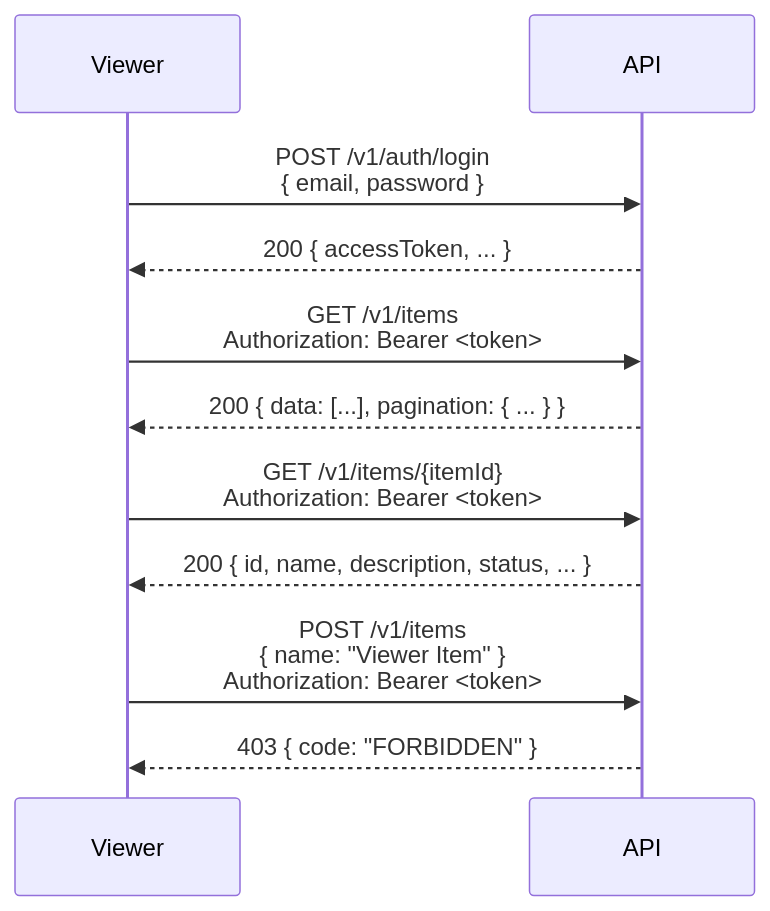
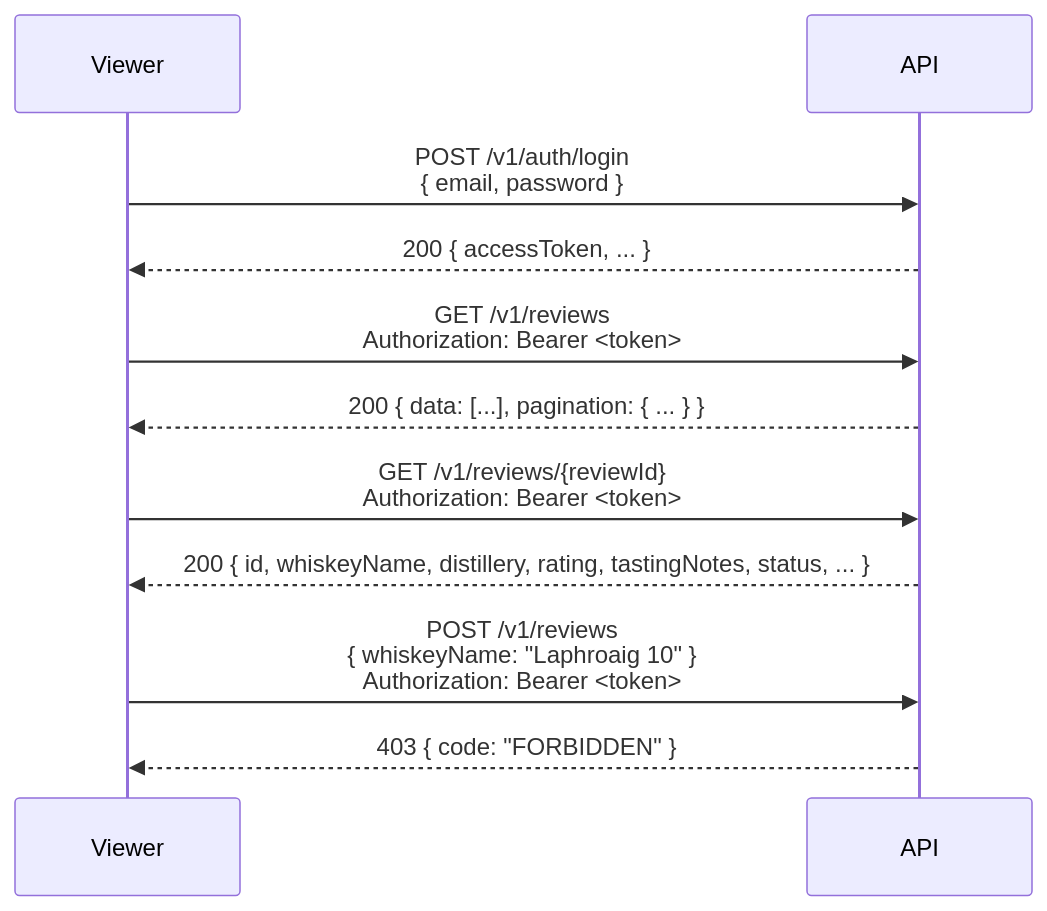
One commit to dataGriff/whiskey-reviews-api changed the third of 4 diagrams in docs/specifications/sequence-diagrams.md. Above: the diagram before and after it, drawn with Mermaid. The commit also changed other lines of this file and 16 other files, not shown here.

First line of the commit message:
feat: create whiskey reviews API from template

````diff
--- a/docs/specifications/sequence-diagrams.md
+++ b/docs/specifications/sequence-diagrams.md
@@ -48,17 +45,17 @@
 ```mermaid
 sequenceDiagram
     participant Viewer
     participant API
 
     Viewer->>API: POST /v1/auth/login<br/>{ email, password }
     API-->>Viewer: 200 { accessToken, ... }
 
-    Viewer->>API: GET /v1/items<br/>Authorization: Bearer <token>
+    Viewer->>API: GET /v1/reviews<br/>Authorization: Bearer <token>
     API-->>Viewer: 200 { data: [...], pagination: { ... } }
 
-    Viewer->>API: GET /v1/items/{itemId}<br/>Authorization: Bearer <token>
-    API-->>Viewer: 200 { id, name, description, status, ... }
+    Viewer->>API: GET /v1/reviews/{reviewId}<br/>Authorization: Bearer <token>
+    API-->>Viewer: 200 { id, whiskeyName, distillery, rating, tastingNotes, status, ... }
 
-    Viewer->>API: POST /v1/items<br/>{ name: "Viewer Item" }<br/>Authorization: Bearer <token>
+    Viewer->>API: POST /v1/reviews<br/>{ whiskeyName: "Laphroaig 10" }<br/>Authorization: Bearer <token>
     API-->>Viewer: 403 { code: "FORBIDDEN" }
 ```
````
